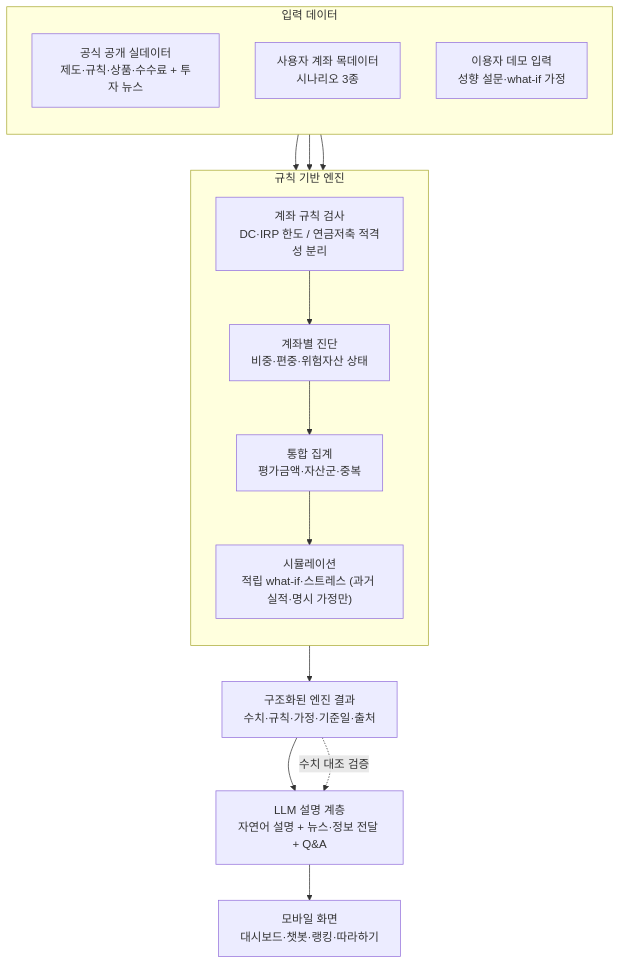
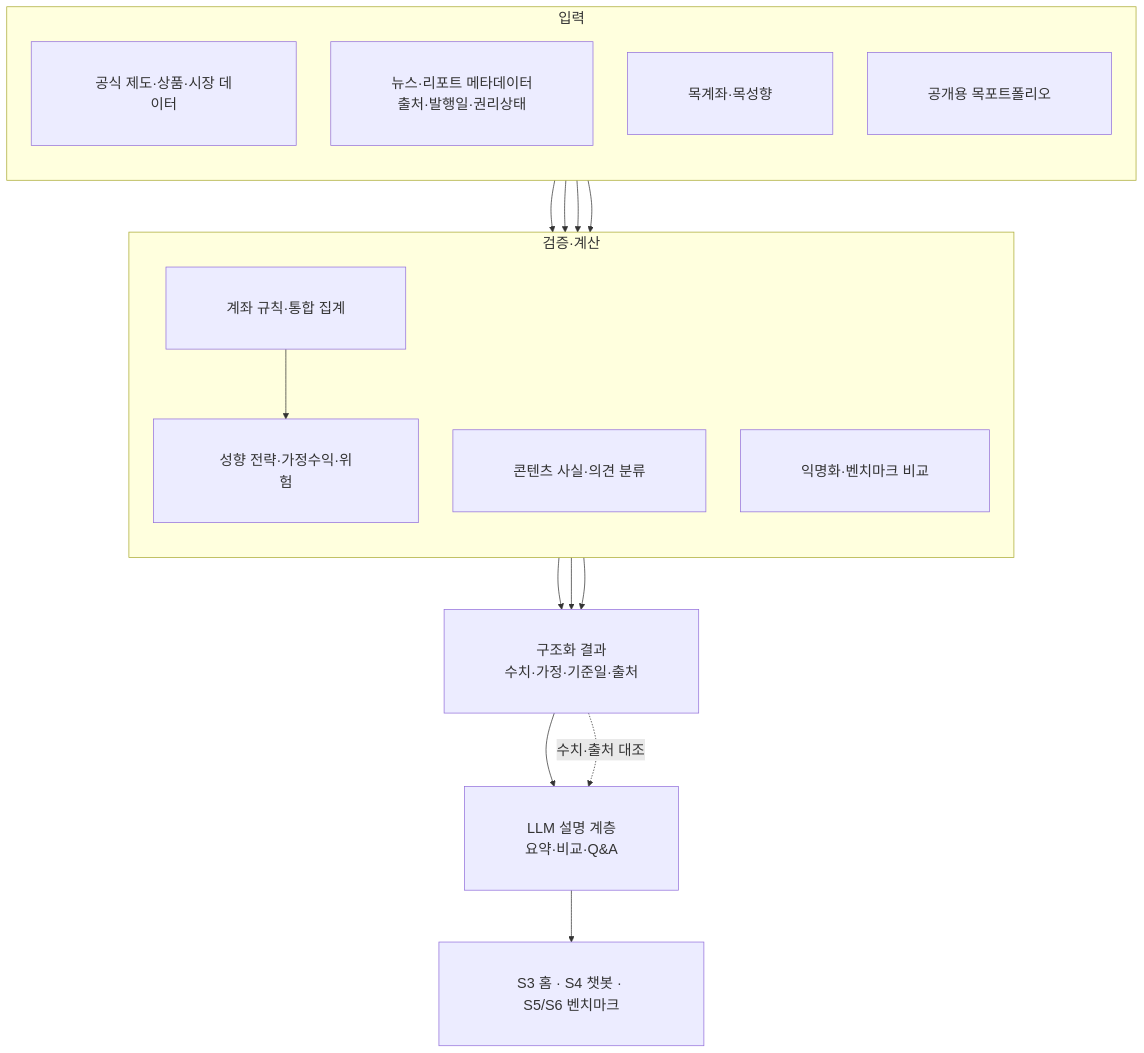
The second of 3 diagrams in docs/10_기획/화면_유저플로우.md (jyleo2k2/KDA-securities), drawn with Mermaid before and after one commit. The commit also changed other lines of this file and 3 other files, not shown here.

````diff
--- a/docs/10_기획/화면_유저플로우.md
+++ b/docs/10_기획/화면_유저플로우.md
@@ -82,28 +110,33 @@
 ```mermaid
+%%{init: { "themeVariables": { "fontSize": "20px" }, "flowchart": { "htmlLabels": true, "padding": 42, "nodeSpacing": 48, "rankSpacing": 72 } } }%%
 flowchart TB
-    subgraph INPUT["입력 데이터"]
+    subgraph INPUT["입력"]
         direction TB
-        A["공식 공개 실데이터<br/>제도·규칙·상품·수수료 + 투자 뉴스"]
-        B["사용자 계좌 목데이터<br/>시나리오 3종"]
-        C["이용자 데모 입력<br/>성향 설문·what-if 가정"]
+        A["공식 제도·상품·시장 데이터"]
+        B["뉴스·리포트 메타데이터<br/>출처·발행일·권리상태"]
+        C["목계좌·목성향"]
+        D["공개용 목포트폴리오"]
     end
 
-    subgraph ENGINE["규칙 기반 엔진"]
+    subgraph ENGINE["검증·계산"]
         direction TB
-        D["계좌 규칙 검사<br/>DC·IRP 한도 / 연금저축 적격성 분리"]
-        E["계좌별 진단<br/>비중·편중·위험자산 상태"]
-        F["통합 집계<br/>평가금액·자산군·중복"]
-        G["시뮬레이션<br/>적립 what-if·스트레스 (과거 실적·명시 가정만)"]
+        E["계좌 규칙·통합 집계"]
+        F["성향 전략·가정수익·위험"]
+        G["콘텐츠 사실·의견 분류"]
+        H["익명화·벤치마크 비교"]
     end
 
-    H["구조화된 엔진 결과<br/>수치·규칙·가정·기준일·출처"]
-    I["LLM 설명 계층<br/>자연어 설명 + 뉴스·정보 전달 + Q&A"]
-    J["모바일 화면<br/>대시보드·챗봇·랭킹·따라하기"]
+    I["구조화 결과<br/>수치·가정·기준일·출처"]
+    J["LLM 설명 계층<br/>요약·비교·Q&A"]
+    K["S3 홈 · S4 챗봇 · S5/S6 벤치마크"]
 
-    A --> D
-    B --> D
-    C --> D
-    D --> E --> F --> G --> H
-    H --> I --> J
-    H -. 수치 대조 검증 .-> I
+    A --> E
+    C --> E --> F
+    B --> G
+    D --> H
+    F --> I
+    G --> I
+    H --> I
+    I --> J --> K
+    I -. "수치·출처 대조" .-> J
 ```
````
